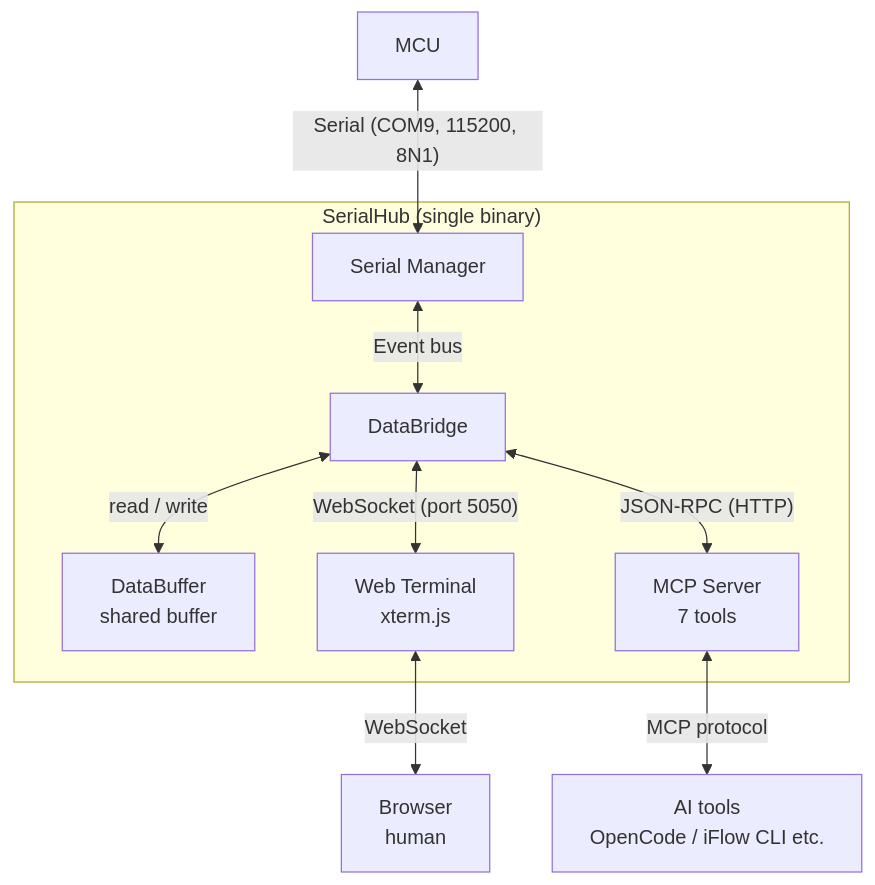
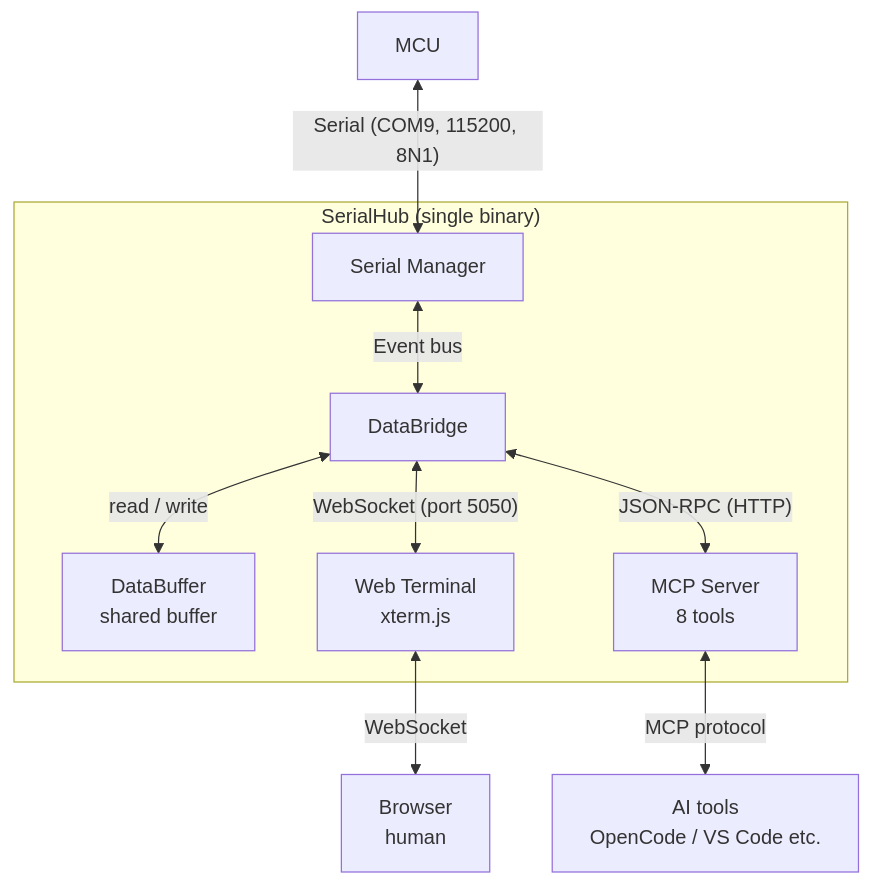
Before and after one commit to dongly/SerialHub: the diagram in README.en.md, drawn with Mermaid. The commit also changed other lines of this file and 2 other files, not shown here.

````diff
--- a/README.en.md
+++ b/README.en.md
@@ -21,14 +18,14 @@
 ```mermaid
 flowchart TB
     MCU["MCU"] <-->|"Serial (COM9, 115200, 8N1)"| Serial["Serial Manager"]
 
     subgraph SerialHub["SerialHub (single binary)"]
         Serial <-->|"Event bus"| Bridge["DataBridge"]
         Bridge <-->|"read / write"| Buffer["DataBuffer<br/>shared buffer"]
         Bridge <-->|"WebSocket (port 5050)"| Web["Web Terminal<br/>xterm.js"]
-        Bridge <-->|"JSON-RPC (HTTP)"| MCP["MCP Server<br/>7 tools"]
+        Bridge <-->|"JSON-RPC (HTTP)"| MCP["MCP Server<br/>8 tools"]
     end
 
     Web <-->|"WebSocket"| Browser["Browser<br/>human"]
-    MCP <-->|"MCP protocol"| AI["AI tools<br/>OpenCode / iFlow CLI etc."]
+    MCP <-->|"MCP protocol"| AI["AI tools<br/>OpenCode / VS Code etc."]
 ```
````
